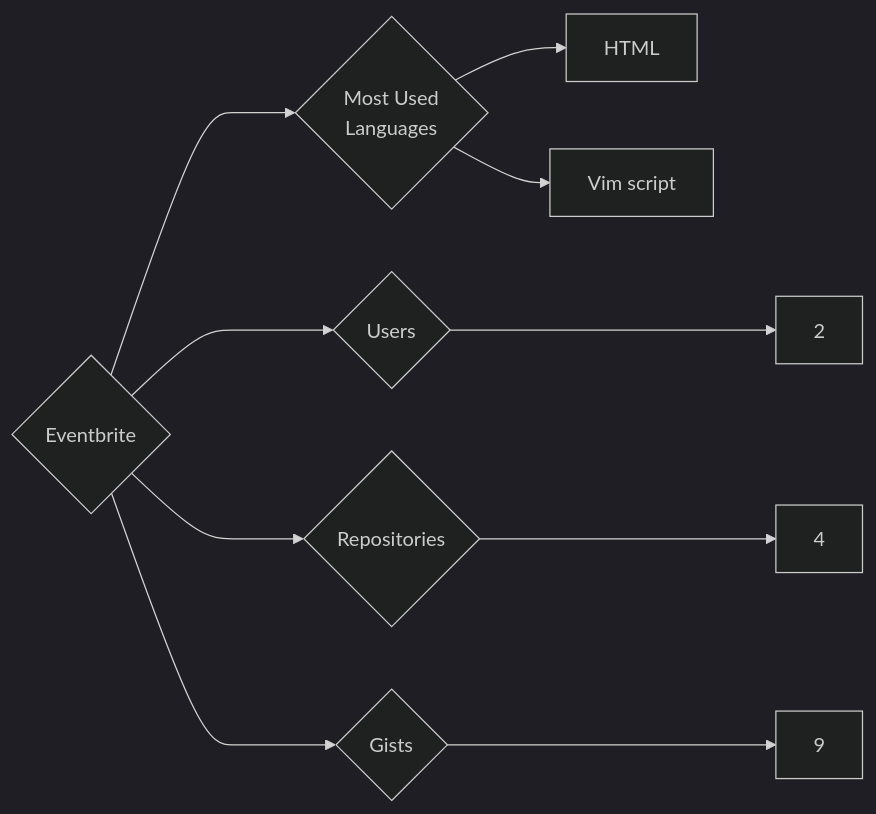
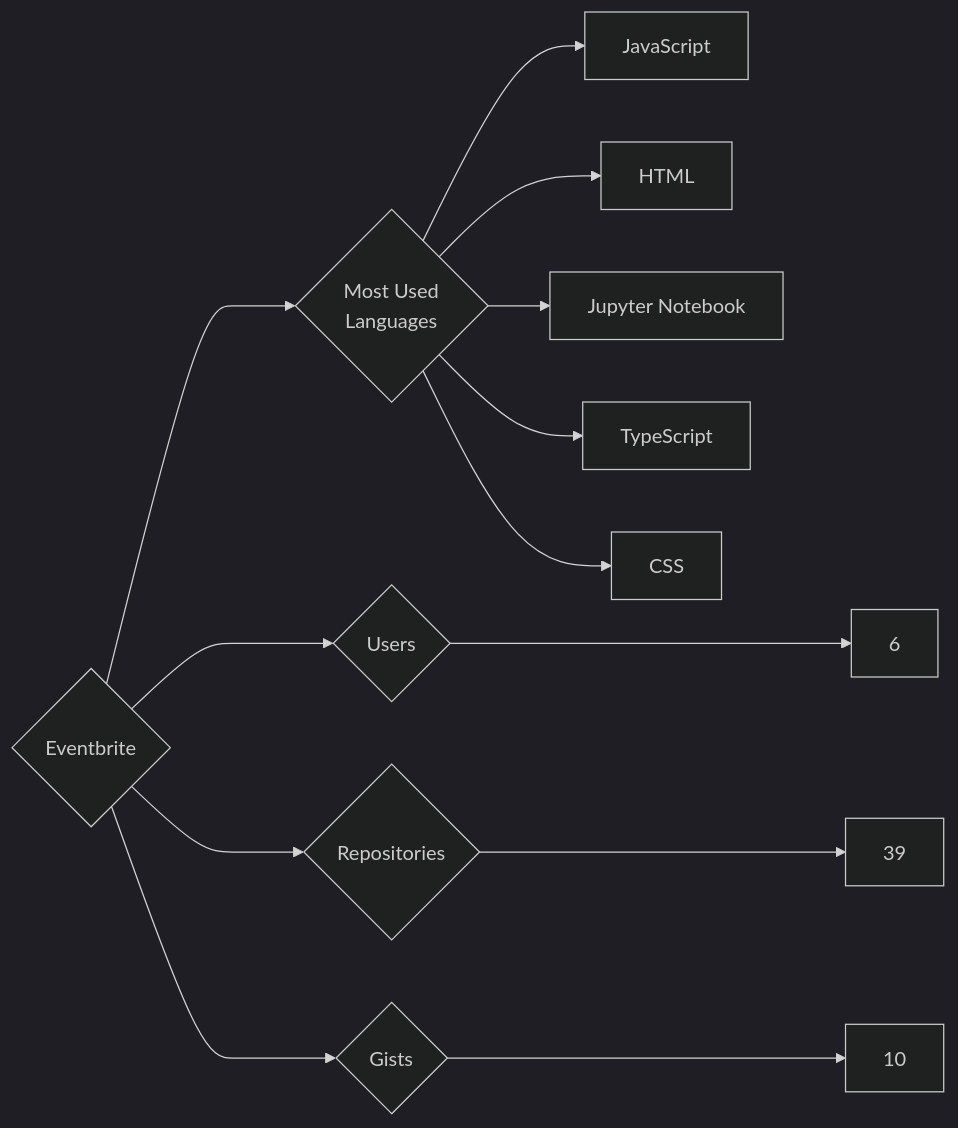
Before and after one commit to trickest/insiders: the diagram in targets/Eventbrite/README.md, drawn with Mermaid (dark theme). The commit also changed 914 other files, not shown here.

````diff
--- a/targets/Eventbrite/README.md
+++ b/targets/Eventbrite/README.md
@@ -3,10 +3,13 @@
 ```mermaid
 graph LR
 COMPANY_NAME{Eventbrite}
-COMPANY_NAME ---> U{Users} ---> UN[2]
-COMPANY_NAME ---> R{Repositories} ---> RN[4]
-COMPANY_NAME ---> G{Gists} ---> GN[9]
+COMPANY_NAME ---> U{Users} ---> UN[6]
+COMPANY_NAME ---> R{Repositories} ---> RN[39]
+COMPANY_NAME ---> G{Gists} ---> GN[10]
 COMPANY_NAME ---> ML{Most Used<br>Languages}
+ML --> JavaScript[JavaScript]
 ML --> HTML[HTML]
-ML --> Vim_script[Vim script]
+ML --> Jupyter_Notebook[Jupyter Notebook]
+ML --> TypeScript[TypeScript]
+ML --> CSS[CSS]
 ```
````
